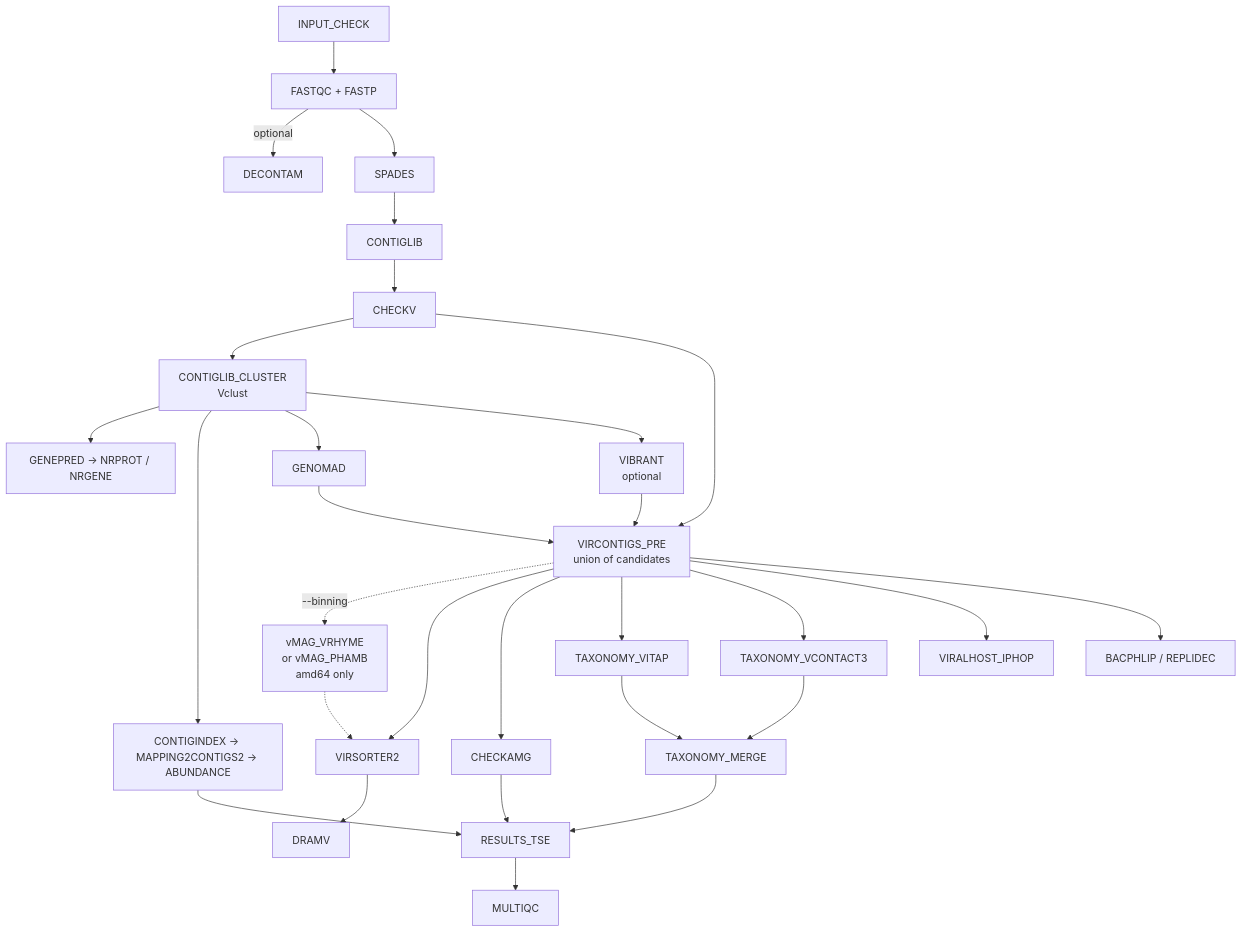
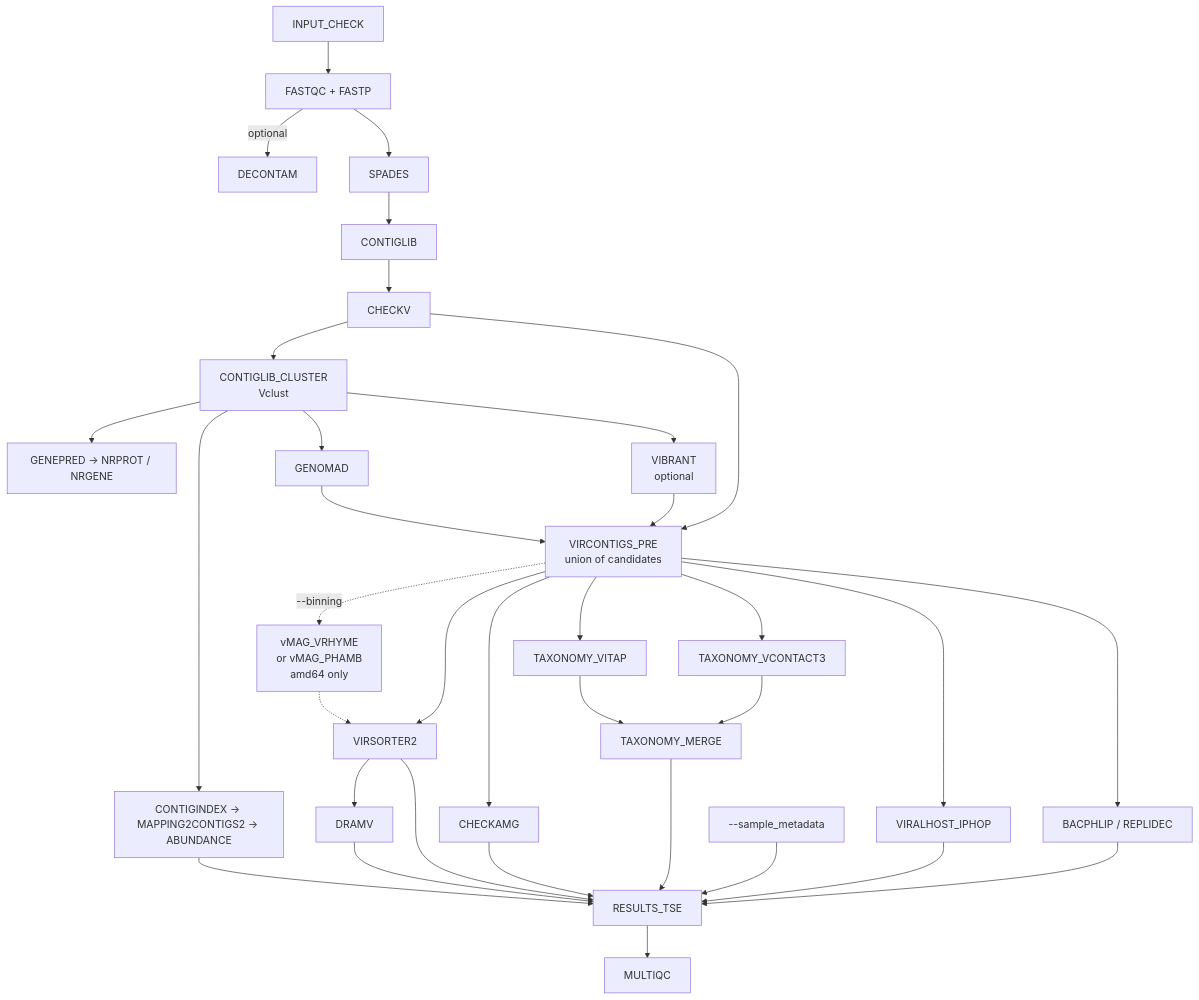
The diagram in docs/HANDOFF.md (rujinlong/viroprofiler), drawn with Mermaid before and after one commit. The commit also changed other lines of this file, not shown here.

First line of the commit message:
docs: show the annotation tools reaching the TSE, and what still blocks a release

````diff
--- a/docs/HANDOFF.md
+++ b/docs/HANDOFF.md
@@ -39,31 +39,36 @@
 ```mermaid
 flowchart TD
     IN[INPUT_CHECK] --> QC[FASTQC + FASTP]
     QC -->|optional| DEC[DECONTAM]
     QC --> ASM[SPADES]
     ASM --> CL[CONTIGLIB]
     CL --> CV[CHECKV]
     CV --> CLU[CONTIGLIB_CLUSTER<br/>Vclust]
     CLU --> GENES[GENEPRED → NRPROT / NRGENE]
     CLU --> AB[CONTIGINDEX → MAPPING2CONTIGS2 → ABUNDANCE]
     CLU --> GN[GENOMAD]
     CLU --> VB[VIBRANT<br/>optional]
     GN --> VP[VIRCONTIGS_PRE<br/>union of candidates]
     VB --> VP
     CV --> VP
     VP -.->|--binning| BIN[vMAG_VRHYME<br/>or vMAG_PHAMB<br/>amd64 only]
     VP --> VS2[VIRSORTER2]
     BIN -.-> VS2
     VS2 --> DRAMV[DRAMV]
     VP --> CAMG[CHECKAMG]
     VP --> TX1[TAXONOMY_VITAP]
     VP --> TX2[TAXONOMY_VCONTACT3]
     TX1 --> TM[TAXONOMY_MERGE]
     TX2 --> TM
     VP --> HOST[VIRALHOST_IPHOP]
     VP --> LIFE[BACPHLIP / REPLIDEC]
     AB --> TSE[RESULTS_TSE]
     TM --> TSE
     CAMG --> TSE
+    DRAMV --> TSE
+    HOST --> TSE
+    LIFE --> TSE
+    VS2 --> TSE
+    MD[--sample_metadata] --> TSE
     TSE --> MQ[MULTIQC]
 ```
````
